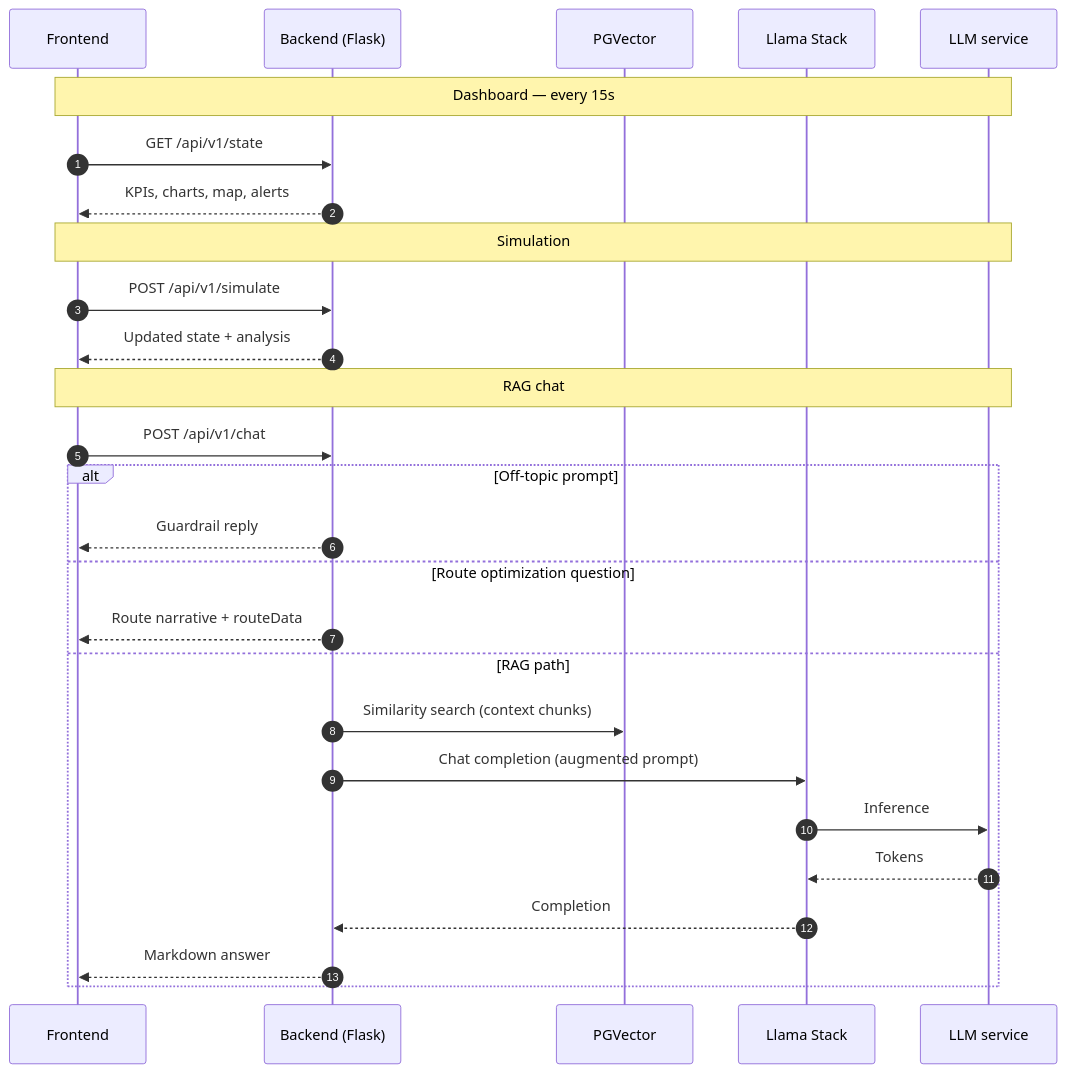
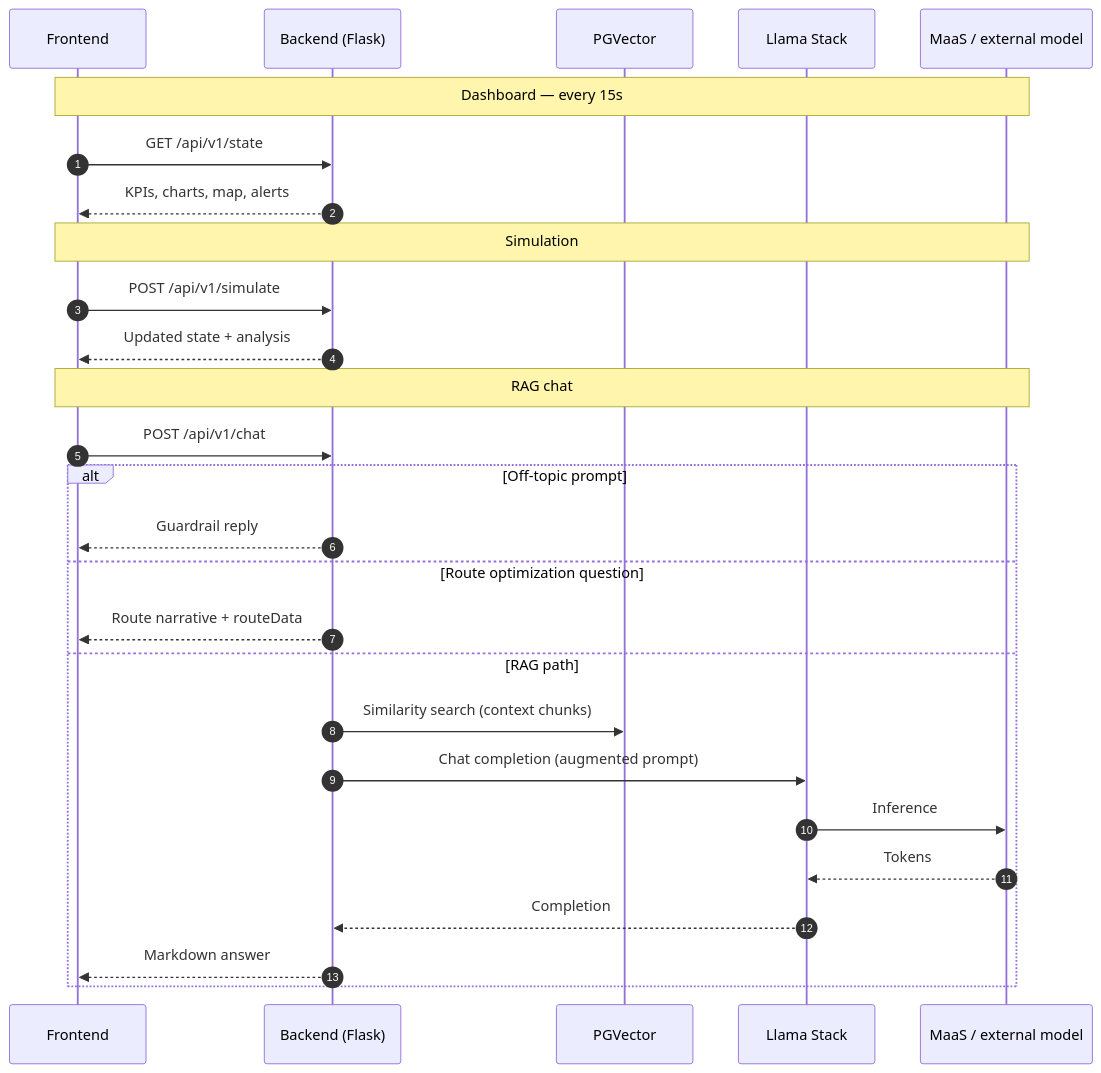
The second of 2 diagrams in README.md (rh-ai-quickstart/ai-supply-chain-agent), drawn with Mermaid before and after one commit. The commit also changed other lines of this file and 37 other files, not shown here.

````diff
--- a/README.md
+++ b/README.md
@@ -89,32 +89,32 @@
 ```mermaid
 sequenceDiagram
   autonumber
   participant UI as Frontend
   participant BE as Backend (Flask)
   participant PG as PGVector
   participant LS as Llama Stack
-  participant LLM as LLM service
+  participant LLM as MaaS / external model
 
   Note over UI,LLM: Dashboard — every 15s
   UI->>BE: GET /api/v1/state
   BE-->>UI: KPIs, charts, map, alerts
 
   Note over UI,LLM: Simulation
   UI->>BE: POST /api/v1/simulate
   BE-->>UI: Updated state + analysis
 
   Note over UI,LLM: RAG chat
   UI->>BE: POST /api/v1/chat
   alt Off-topic prompt
     BE-->>UI: Guardrail reply
   else Route optimization question
     BE-->>UI: Route narrative + routeData
   else RAG path
     BE->>PG: Similarity search (context chunks)
     BE->>LS: Chat completion (augmented prompt)
     LS->>LLM: Inference
     LLM-->>LS: Tokens
     LS-->>BE: Completion
     BE-->>UI: Markdown answer
   end
 ```
````
